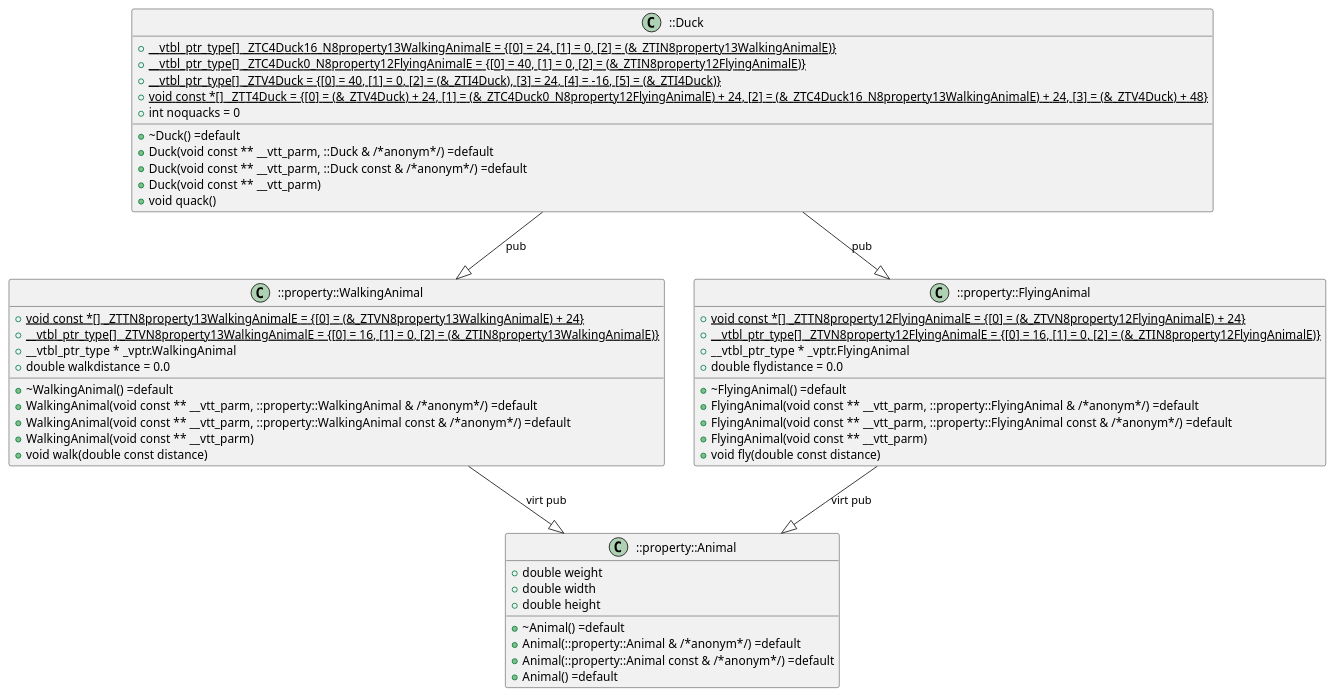
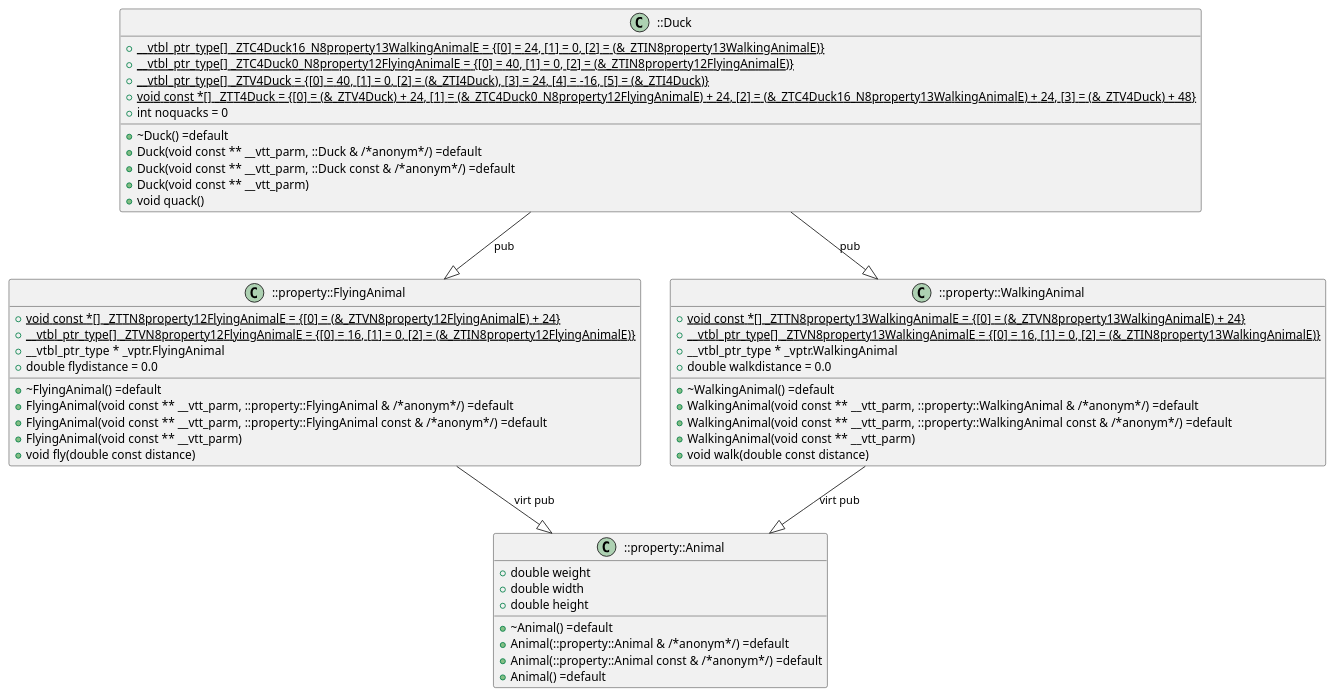
Before and after one commit to anetczuk/gcc-uml: the diagram in examples/inheritgraph/inherit_diamond2.cpp.inherit.puml, drawn with PlantUML. The commit also changed 26 other files, not shown here.

```diff
--- a/examples/inheritgraph/inherit_diamond2.cpp.inherit.puml
+++ b/examples/inheritgraph/inherit_diamond2.cpp.inherit.puml
@@ -1,56 +1,56 @@
 @startuml
 
-class "::Duck" as item_0 {
+class "::Duck" as @101 {
     {field} {static} + __vtbl_ptr_type[] _ZTC4Duck16_N8property13WalkingAnimalE = {[0] = 24, [1] = 0, [2] = (&_ZTIN8property13WalkingAnimalE)}
     {field} {static} + __vtbl_ptr_type[] _ZTC4Duck0_N8property12FlyingAnimalE = {[0] = 40, [1] = 0, [2] = (&_ZTIN8property12FlyingAnimalE)}
     {field} {static} + __vtbl_ptr_type[] _ZTV4Duck = {[0] = 40, [1] = 0, [2] = (&_ZTI4Duck), [3] = 24, [4] = -16, [5] = (&_ZTI4Duck)}
     {field} {static} + void const *[] _ZTT4Duck = {[0] = (&_ZTV4Duck) + 24, [1] = (&_ZTC4Duck0_N8property12FlyingAnimalE) + 24, [2] = (&_ZTC4Duck16_N8property13WalkingAnimalE) + 24, [3] = (&_ZTV4Duck) + 48}
     {field} + int noquacks = 0
     {method} +  ~Duck() =default
     {method} +  Duck(void const ** __vtt_parm, ::Duck & /*anonym*/) =default
     {method} +  Duck(void const ** __vtt_parm, ::Duck const & /*anonym*/) =default
     {method} +  Duck(void const ** __vtt_parm) 
     {method} + void quack() 
 }
-class "::property::WalkingAnimal" as item_1 {
+class "::property::FlyingAnimal" as @122 {
+    {field} {static} + void const *[] _ZTTN8property12FlyingAnimalE = {[0] = (&_ZTVN8property12FlyingAnimalE) + 24}
+    {field} {static} + __vtbl_ptr_type[] _ZTVN8property12FlyingAnimalE = {[0] = 16, [1] = 0, [2] = (&_ZTIN8property12FlyingAnimalE)}
+    {field} + __vtbl_ptr_type * _vptr.FlyingAnimal
+    {field} + double flydistance = 0.0
+    {method} +  ~FlyingAnimal() =default
+    {method} +  FlyingAnimal(void const ** __vtt_parm, ::property::FlyingAnimal & /*anonym*/) =default
+    {method} +  FlyingAnimal(void const ** __vtt_parm, ::property::FlyingAnimal const & /*anonym*/) =default
+    {method} +  FlyingAnimal(void const ** __vtt_parm) 
+    {method} + void fly(double const distance) 
+}
+class "::property::WalkingAnimal" as @123 {
     {field} {static} + void const *[] _ZTTN8property13WalkingAnimalE = {[0] = (&_ZTVN8property13WalkingAnimalE) + 24}
     {field} {static} + __vtbl_ptr_type[] _ZTVN8property13WalkingAnimalE = {[0] = 16, [1] = 0, [2] = (&_ZTIN8property13WalkingAnimalE)}
     {field} + __vtbl_ptr_type * _vptr.WalkingAnimal
     {field} + double walkdistance = 0.0
     {method} +  ~WalkingAnimal() =default
     {method} +  WalkingAnimal(void const ** __vtt_parm, ::property::WalkingAnimal & /*anonym*/) =default
     {method} +  WalkingAnimal(void const ** __vtt_parm, ::property::WalkingAnimal const & /*anonym*/) =default
     {method} +  WalkingAnimal(void const ** __vtt_parm) 
     {method} + void walk(double const distance) 
 }
-class "::property::FlyingAnimal" as item_2 {
-    {field} {static} + void const *[] _ZTTN8property12FlyingAnimalE = {[0] = (&_ZTVN8property12FlyingAnimalE) + 24}
-    {field} {static} + __vtbl_ptr_type[] _ZTVN8property12FlyingAnimalE = {[0] = 16, [1] = 0, [2] = (&_ZTIN8property12FlyingAnimalE)}
-    {field} + __vtbl_ptr_type * _vptr.FlyingAnimal
-    {field} + double flydistance = 0.0
-    {method} +  ~FlyingAnimal() =default
-    {method} +  FlyingAnimal(void const ** __vtt_parm, ::property::FlyingAnimal & /*anonym*/) =default
-    {method} +  FlyingAnimal(void const ** __vtt_parm, ::property::FlyingAnimal const & /*anonym*/) =default
-    {method} +  FlyingAnimal(void const ** __vtt_parm) 
-    {method} + void fly(double const distance) 
-}
-class "::property::Animal" as item_3 {
+class "::property::Animal" as @153 {
     {field} + double weight
     {field} + double width
     {field} + double height
     {method} +  ~Animal() =default
     {method} +  Animal(::property::Animal & /*anonym*/) =default
     {method} +  Animal(::property::Animal const & /*anonym*/) =default
     {method} +  Animal() =default
 }
 
 ' ::Duck --|> ::property::FlyingAnimal
-item_0 --|> item_2: "pub"
+"@101" --|> "@122": "pub"
 ' ::Duck --|> ::property::WalkingAnimal
-item_0 --|> item_1: "pub"
+"@101" --|> "@123": "pub"
+' ::property::FlyingAnimal --|> ::property::Animal
+"@122" --|> "@153": "virt pub"
 ' ::property::WalkingAnimal --|> ::property::Animal
-item_1 --|> item_3: "virt pub"
-' ::property::FlyingAnimal --|> ::property::Animal
-item_2 --|> item_3: "virt pub"
+"@123" --|> "@153": "virt pub"
 
 @enduml
```
